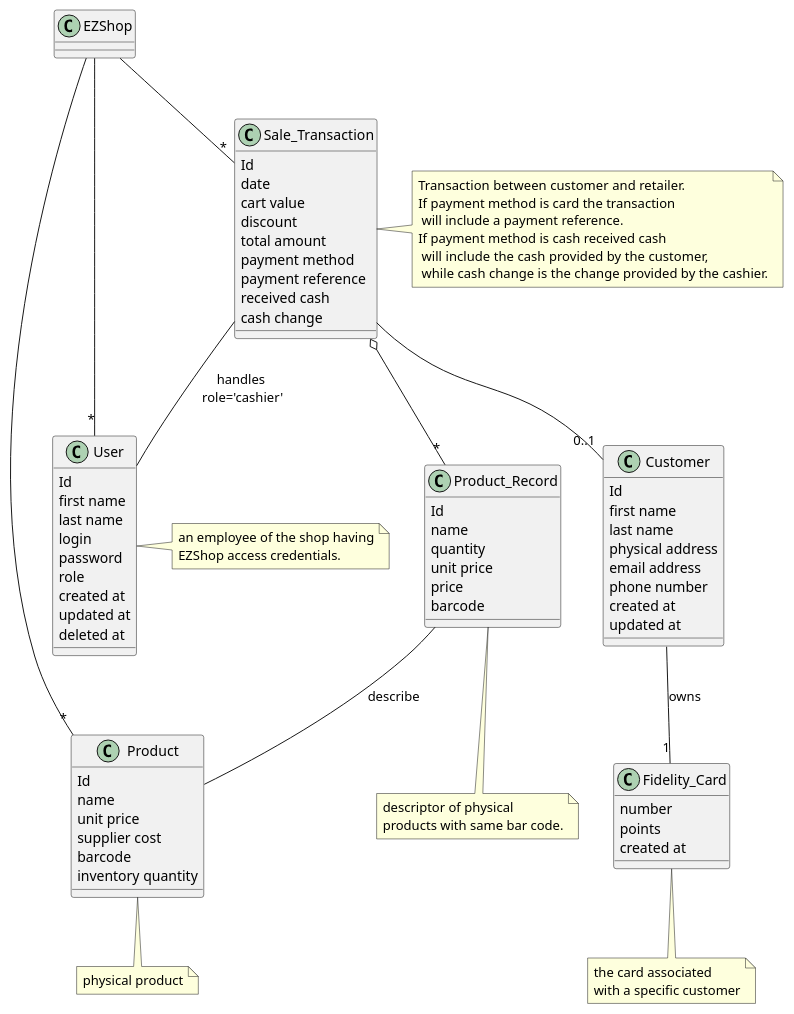
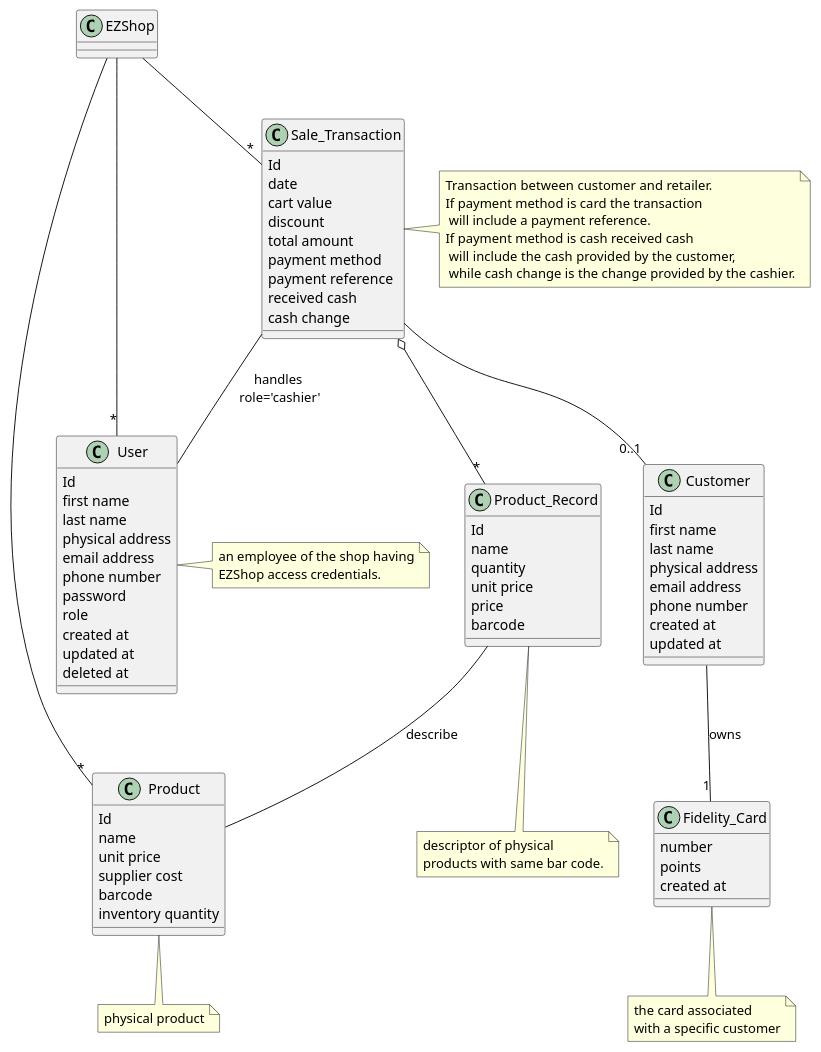
The sixth of 8 diagrams in Deliverables/RequirementsDocument.md (paocela/EzShop), drawn with PlantUML before and after one commit. The commit also changed other lines of this file, not shown here.

```diff
--- a/Deliverables/RequirementsDocument.md
+++ b/Deliverables/RequirementsDocument.md
@@ -518,7 +540,9 @@
     Id
     first name
     last name
-    login
+    physical address
+    email address
+    phone number
     password
     role
     created at
```
